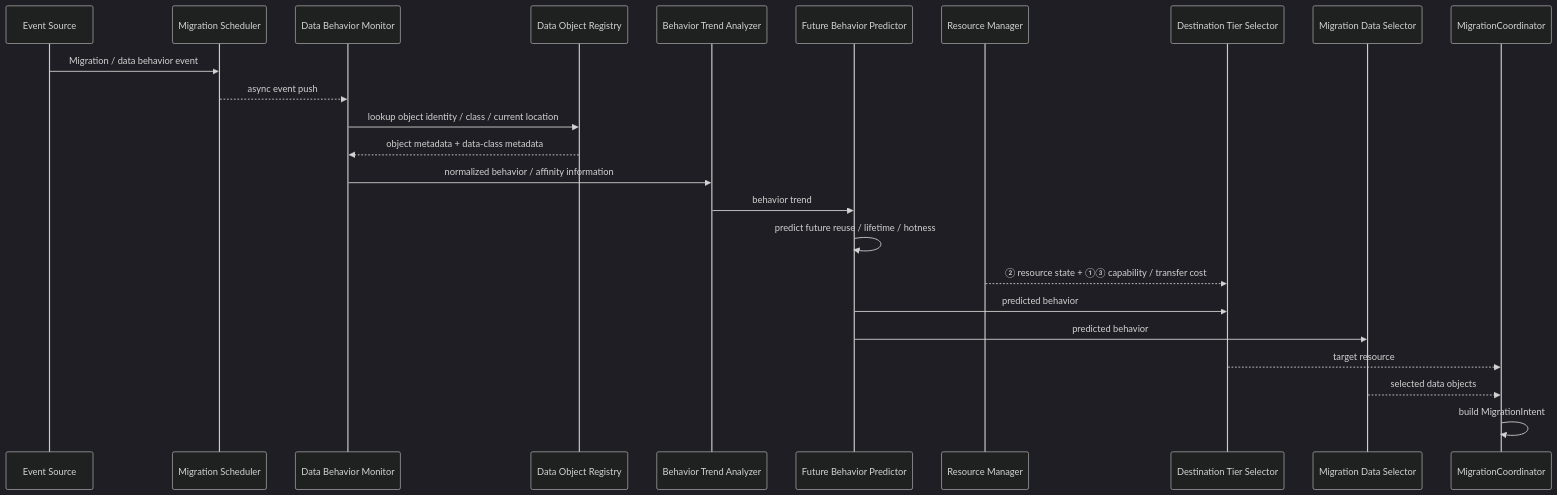
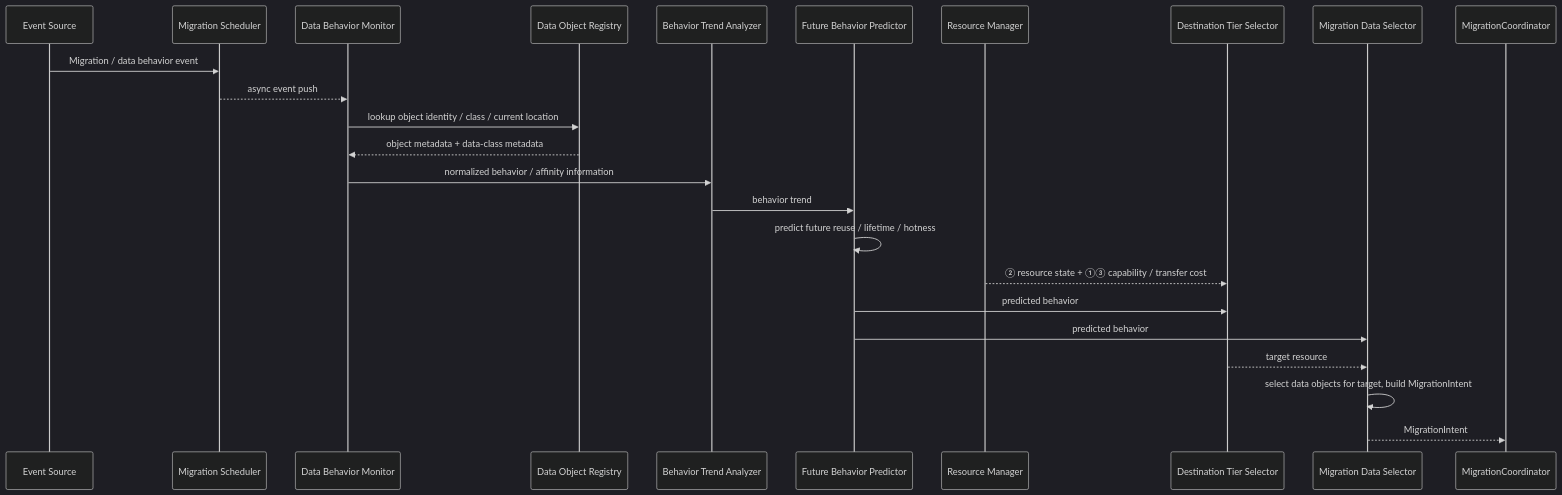
The fifth of 5 diagrams in doc-mk/DP1/dp1-ai-data-migration-decision-architecture.md (mkim0628/vllm), drawn with Mermaid (dark theme) before and after one commit. The commit also changed other lines of this file and 2 other files, not shown here.

First line of the commit message:
DP1 exits at Migration Coordinator; intent assembled by Migration Data Selector; two intent producers

```diff
--- a/doc-mk/DP1/dp1-ai-data-migration-decision-architecture.md
+++ b/doc-mk/DP1/dp1-ai-data-migration-decision-architecture.md
@@ -1979,32 +1999,32 @@
 ~~~mermaid
 sequenceDiagram
     participant E as Event Source
     participant MS as Migration Scheduler
     participant DBM as Data Behavior Monitor
     participant DOR as Data Object Registry
     participant BTA as Behavior Trend Analyzer
     participant FBP as Future Behavior Predictor
     participant RM as Resource Manager
     participant DTS as Destination Tier Selector
     participant MDS as Migration Data Selector
     participant MC as MigrationCoordinator
 
     E->>MS: Migration / data behavior event
     MS-->>DBM: async event push
 
     DBM->>DOR: lookup object identity / class / current location
     DOR-->>DBM: object metadata + data-class metadata
 
     DBM->>BTA: normalized behavior / affinity information
     BTA->>FBP: behavior trend
     FBP->>FBP: predict future reuse / lifetime / hotness
 
     RM-->>DTS: ② resource state + ①③ capability / transfer cost
 
     FBP->>DTS: predicted behavior
     FBP->>MDS: predicted behavior
 
-    DTS-->>MC: target resource
-    MDS-->>MC: selected data objects
-    MC->>MC: build MigrationIntent
+    DTS-->>MDS: target resource
+    MDS->>MDS: select data objects for target, build MigrationIntent
+    MDS-->>MC: MigrationIntent
 ~~~
```
